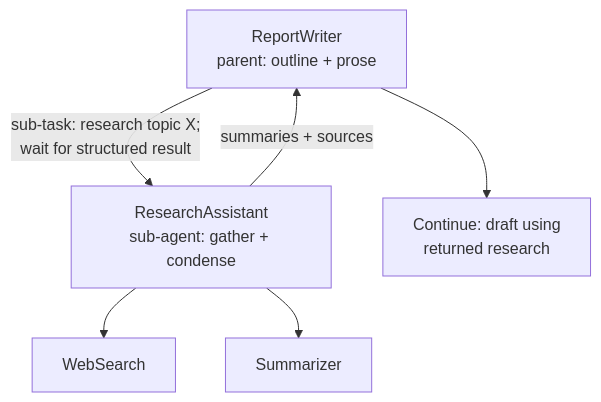
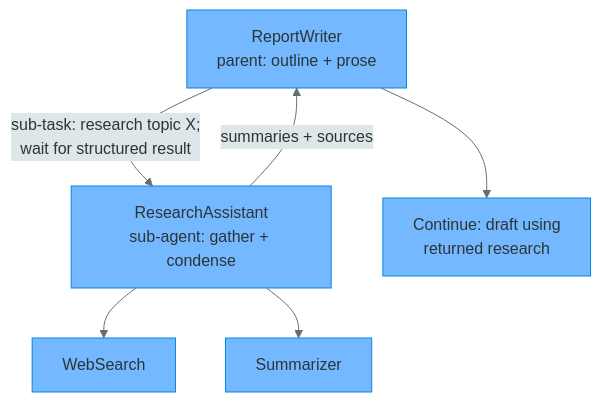
One commit to srinivasrk/AgenticAIWorkflows changed the first of 2 diagrams in README.md. Above: the diagram before and after it, drawn with Mermaid. The commit also changed other lines of this file and 1 other file, not shown here.

````diff
--- a/README.md
+++ b/README.md
@@ -152,13 +193,14 @@
 ```mermaid
+%%{init: {'theme': 'base', 'themeVariables': { 'primaryColor': '#74b9ff', 'primaryTextColor': '#2d3436', 'primaryBorderColor': '#0984E3', 'lineColor': '#636e72', 'secondaryColor': '#dfe6e9', 'tertiaryColor': '#ffeaa7'}}}%%
 flowchart TD
     RW[ReportWriter<br/>parent: outline + prose]
     RA[ResearchAssistant<br/>sub-agent: gather + condense]
     WS[WebSearch]
     SUM[Summarizer]
 
     RW -->|"sub-task: research topic X;<br/>wait for structured result"| RA
     RA --> WS
     RA --> SUM
     RA -->|"summaries + sources"| RW
     RW --> RW2[Continue: draft using<br/>returned research]
 ```
````
